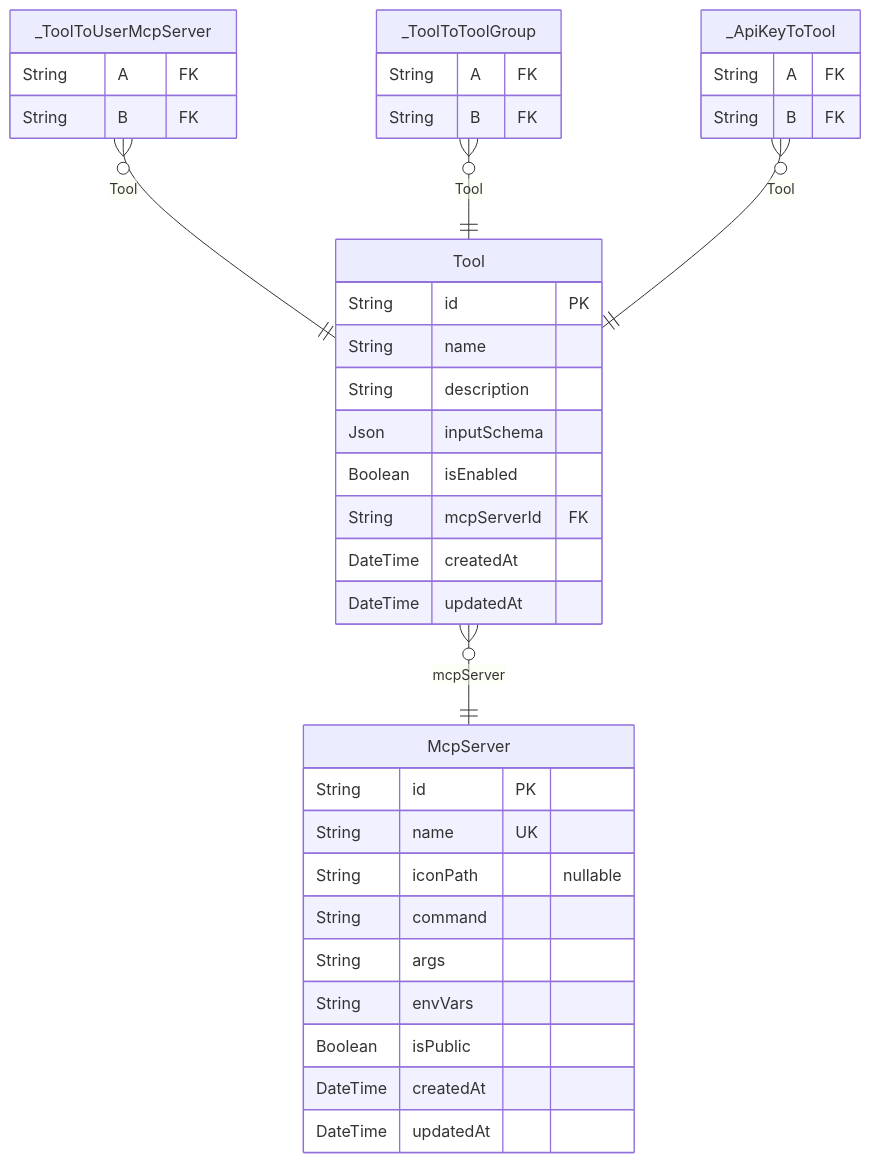
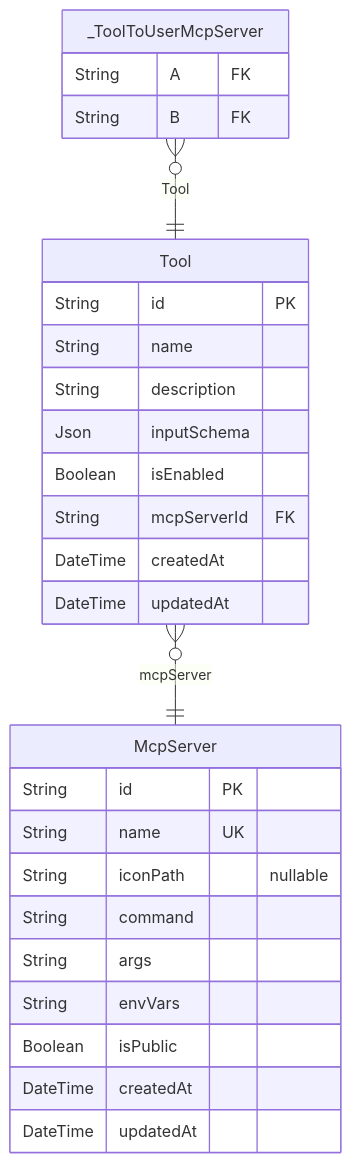
The second of 4 diagrams in prisma/README.md (rayven122/tumiki), drawn with Mermaid before and after one commit. The commit also changed other lines of this file and 3 other files, not shown here.

Commit message:
Prismaスキーマの更新により、`_ApiKeyToTool`および`_ToolToToolGroup`テーブルを削除し、新たに`ToolGroupTool`中間テーブルを作成しました。また、`UserMcpServer`モデルに`toolGroupTool`リレーションを追加し、関連する型定義を整理しました。README.mdに`default`セクションを追加し、`ToolGroupTool`の説明を記載しました。

````diff
--- a/prisma/README.md
+++ b/prisma/README.md
@@ -178,40 +153,30 @@
 ```mermaid
 erDiagram
 "McpServer" {
   String id PK
   String name UK
   String iconPath "nullable"
   String command
   String args
   String envVars
   Boolean isPublic
   DateTime createdAt
   DateTime updatedAt
 }
 "Tool" {
   String id PK
   String name
   String description
   Json inputSchema
   Boolean isEnabled
   String mcpServerId FK
   DateTime createdAt
   DateTime updatedAt
 }
 "_ToolToUserMcpServer" {
   String A FK
   String B FK
 }
-"_ToolToToolGroup" {
-  String A FK
-  String B FK
-}
-"_ApiKeyToTool" {
-  String A FK
-  String B FK
-}
 "Tool" }o--|| "McpServer" : mcpServer
 "_ToolToUserMcpServer" }o--|| "Tool" : Tool
-"_ToolToToolGroup" }o--|| "Tool" : Tool
-"_ApiKeyToTool" }o--|| "Tool" : Tool
 ```
````
